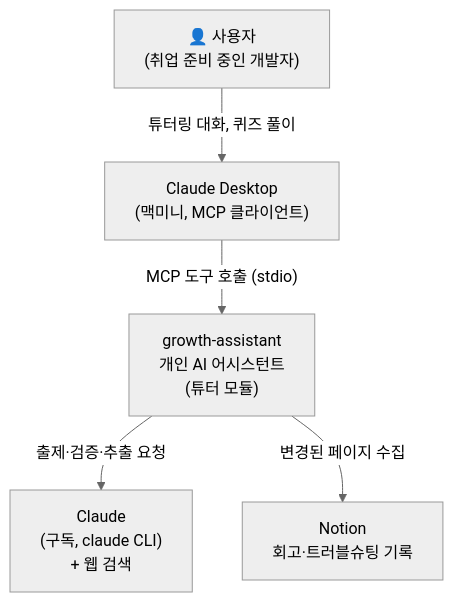
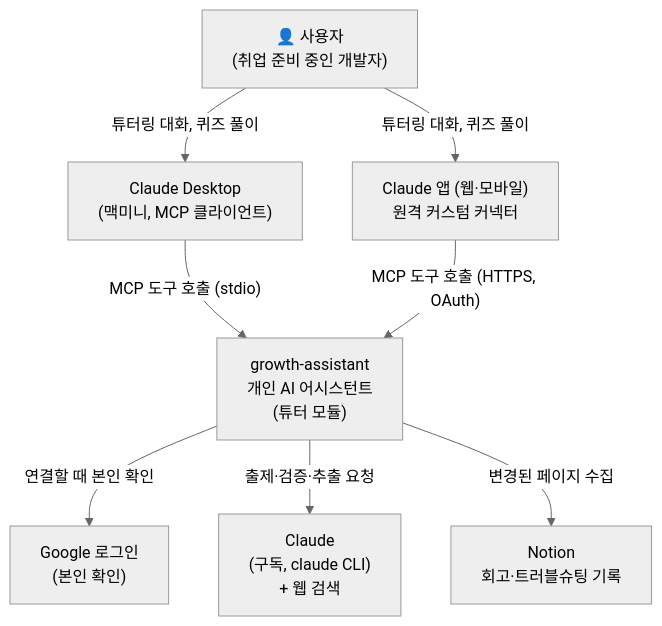
One commit to Wonchang0314/growth-assistant changed the diagram in docs/architecture/c4-1-context.md. Above: the diagram before and after it, drawn with Mermaid (neutral theme). The commit also changed other lines of this file and 45 other files, not shown here.

Commit message:
feat: OAuth 2.1 인가 서버(CIMD, 구글 로그인, 동의 화면)와 /mcp Bearer 검사

````diff
--- a/docs/architecture/c4-1-context.md
+++ b/docs/architecture/c4-1-context.md
@@ -5,13 +5,18 @@
 ```mermaid
 flowchart TB
     user["👤 사용자<br/>(취업 준비 중인 개발자)"]
     ga["growth-assistant<br/>개인 AI 어시스턴트<br/>(튜터 모듈)"]
     desktop["Claude Desktop<br/>(맥미니, MCP 클라이언트)"]
     claude["Claude<br/>(구독, claude CLI)<br/>+ 웹 검색"]
     notion["Notion<br/>회고·트러블슈팅 기록"]
+    connector["Claude 앱 (웹·모바일)<br/>원격 커스텀 커넥터"]
+    google["Google 로그인<br/>(본인 확인)"]
 
     user -- "튜터링 대화, 퀴즈 풀이" --> desktop
+    user -- "튜터링 대화, 퀴즈 풀이" --> connector
     desktop -- "MCP 도구 호출 (stdio)" --> ga
+    connector -- "MCP 도구 호출 (HTTPS, OAuth)" --> ga
+    ga -- "연결할 때 본인 확인" --> google
     ga -- "출제·검증·추출 요청" --> claude
     ga -- "변경된 페이지 수집" --> notion
 ```
````
